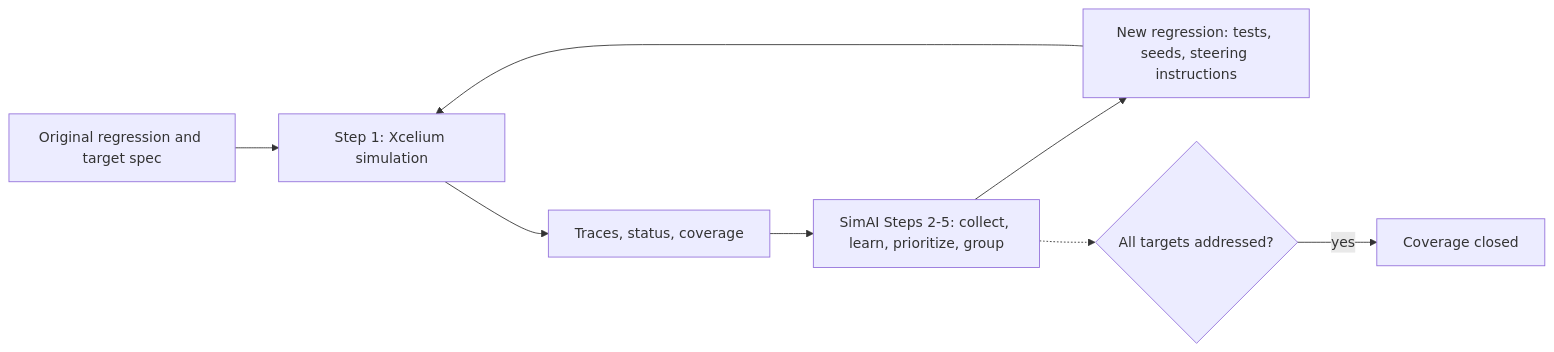
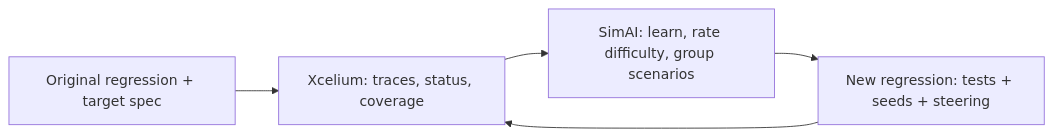
The diagram in docs/papers/ref-20261018-7a35-functional-coverage-closure-in-soc-interconnect-verification.md (nemo99007/yt-paper), drawn with Mermaid before and after one commit. The commit also changed other lines of this file and 172 other files, not shown here.

````diff
--- a/docs/papers/ref-20261018-7a35-functional-coverage-closure-in-soc-interconnect-verification.md
+++ b/docs/papers/ref-20261018-7a35-functional-coverage-closure-in-soc-interconnect-verification.md
@@ -209,10 +225,7 @@
 ```mermaid
 flowchart LR
-    A["Original regression and target spec"] --> B["Step 1: Xcelium simulation"]
-    B --> C["Traces, status, coverage"]
-    C --> D["SimAI Steps 2-5: collect, learn, prioritize, group"]
-    D --> E["New regression: tests, seeds, steering instructions"]
-    E --> B
-    D -.-> F{"All targets addressed?"}
-    F -- "yes" --> G["Coverage closed"]
+  A[Original regression + target spec] --> B[Xcelium: traces, status, coverage]
+  B --> C[SimAI: learn, rate difficulty, group scenarios]
+  C --> D[New regression: tests + seeds + steering]
+  D --> B
 ```
````
